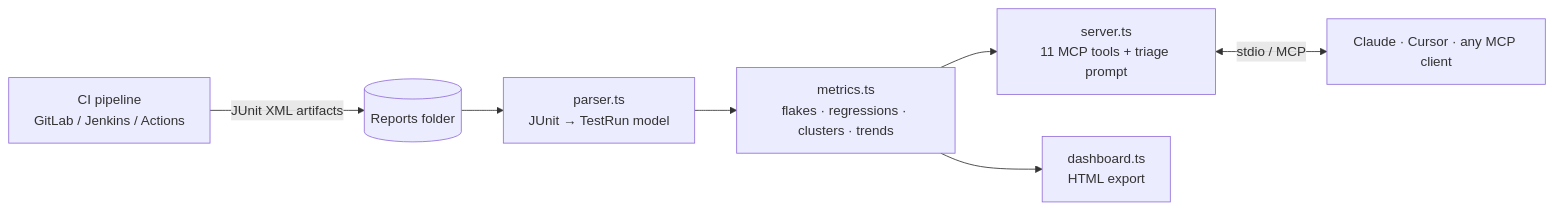
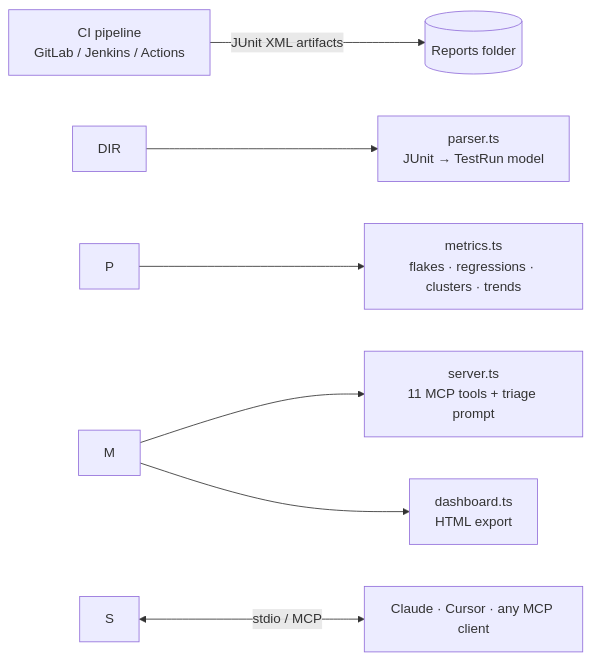
The diagram in README.md (Misfit1982/qa-metrics-mcp), drawn with Mermaid before and after one commit. The commit also changed other lines of this file and 1 other file, not shown here.

````diff
--- a/README.md
+++ b/README.md
@@ -123,9 +123,9 @@
 ```mermaid
 flowchart LR
-  CI[CI pipeline<br/>GitLab / Jenkins / Actions] -->|JUnit XML artifacts| DIR[(Reports folder)]
-  DIR --> P[parser.ts<br/>JUnit → TestRun model]
-  P --> M[metrics.ts<br/>flakes · regressions · clusters · trends]
-  M --> S[server.ts<br/>11 MCP tools + triage prompt]
-  M --> D[dashboard.ts<br/>HTML export]
-  S <-->|stdio / MCP| C[Claude · Cursor · any MCP client]
+  CI\[CI pipeline<br/>GitLab / Jenkins / Actions] -->|JUnit XML artifacts| DIR\[(Reports folder)]
+  DIR --> P\[parser.ts<br/>JUnit → TestRun model]
+  P --> M\[metrics.ts<br/>flakes · regressions · clusters · trends]
+  M --> S\[server.ts<br/>11 MCP tools + triage prompt]
+  M --> D\[dashboard.ts<br/>HTML export]
+  S <-->|stdio / MCP| C\[Claude · Cursor · any MCP client]
 ```
````
